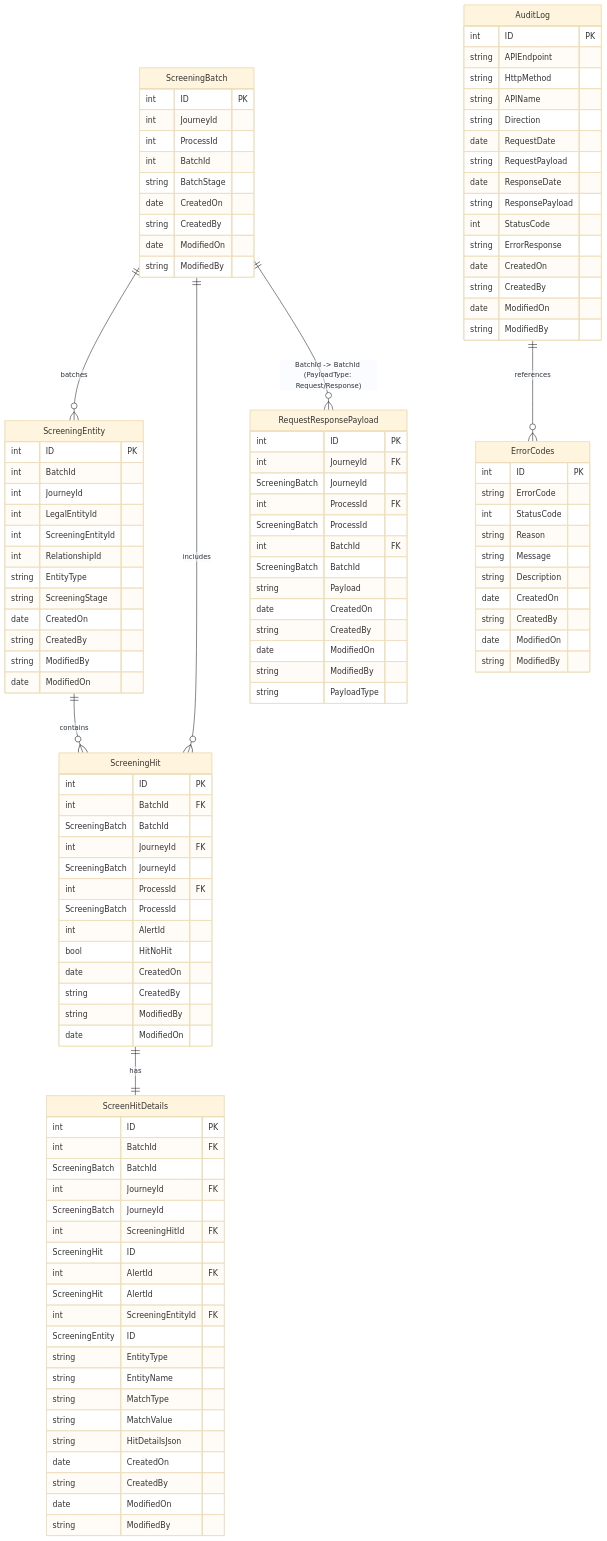
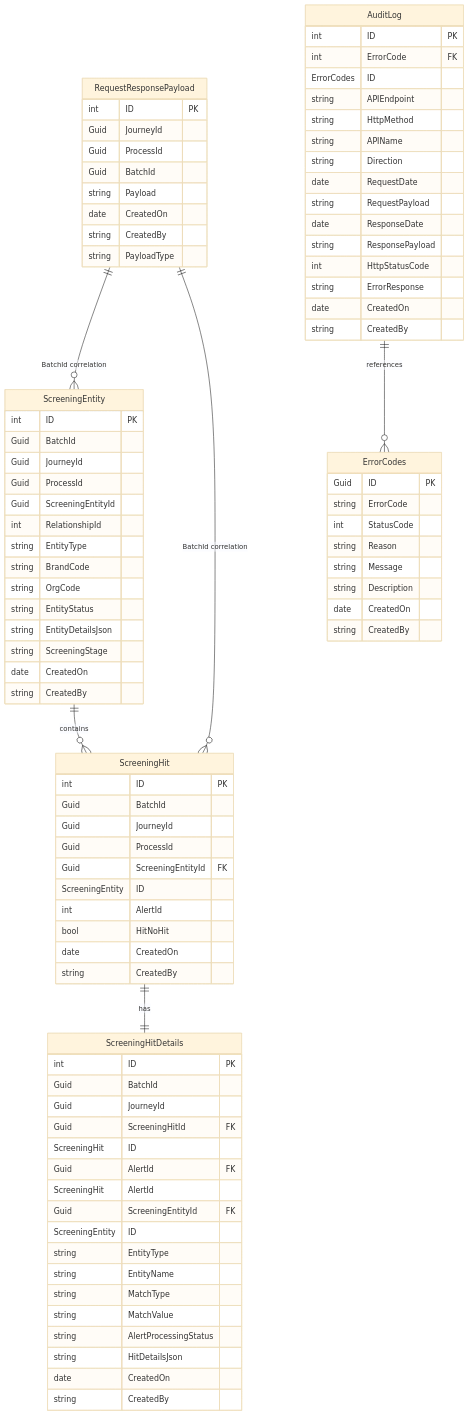
The diagram in Arch_Diagrams/v1/screen2.mmd (jojokoshy/Architecture_Diagrams_Python_AI), drawn with Mermaid (base theme) before and after one commit. The commit also changed 2 other files, not shown here.

Commit message:
Add new screening flow HTTP request example with entity ID handling

```diff
--- a/Arch_Diagrams/v1/screen2.mmd
+++ b/Arch_Diagrams/v1/screen2.mmd
@@ -1,122 +1,112 @@
 erDiagram
     %% FK label convention:
     %%  - Relationship labels use the format "SourceField -> TargetField" to show FK -> PK mappings.
     %%  - Example: ScreeningBatch }o--|| RequestResponsePayload : "ScreenRequestPayloadId -> ID"
     %%    means ScreeningBatch.ScreenRequestPayloadId references RequestResponsePayload.ID (FK -> PK).
     %%  - Multiplicity notation follows Mermaid ER style: || = one, }o = many/optional.
-    ScreeningBatch {
-        int ID PK
-        int JourneyId
-        int ProcessId
-        int BatchId
-        string BatchStage
-        date CreatedOn
-        string CreatedBy
-        date ModifiedOn
-        string ModifiedBy
-    }
 
     RequestResponsePayload {
         int ID PK
-        int JourneyId FK ScreeningBatch JourneyId
-        int ProcessId FK ScreeningBatch ProcessId
-        int BatchId FK ScreeningBatch BatchId 
+        Guid JourneyId
+        Guid ProcessId
+        Guid BatchId
         string Payload
         date CreatedOn
         string CreatedBy
-        date ModifiedOn
-        string ModifiedBy
         string PayloadType
         %% Notes:
         %% - JourneyId and ProcessId are intentionally duplicated in RequestResponsePayload for query convenience
         %%   (they should match the values in the parent ScreeningBatch row).
         %% - To guarantee exactly one Request and one Response per batch add a DB unique constraint:
         %%   UNIQUE(BatchId, PayloadType).
         %% - PayloadType values are expected to be 'JourneySuperGraphRequest' or 'JourneySuperGraphResponse' or EntitySuperGraphRequest or 'EntitySuperGraphResponse'
 
     }
     ScreeningEntity {
         int ID PK
-        int BatchId
-        int JourneyId
-        int LegalEntityId
-        int ScreeningEntityId
+        Guid BatchId
+        Guid JourneyId
+        Guid ProcessId
+        Guid ScreeningEntityId
         int RelationshipId
         string EntityType
+        %% e.g., for a person, this could be 'IND' for individual"
+        string BrandCode 
+        string OrgCode
+        string EntityStatus 
+        string EntityDetailsJson
         string ScreeningStage
         date CreatedOn
         string CreatedBy
-        string ModifiedBy
-        date ModifiedOn
     }
+    
 
     ScreeningHit {
         int ID PK
-        int BatchId FK ScreeningBatch BatchId
-        int JourneyId FK ScreeningBatch JourneyId
-        int ProcessId FK ScreeningBatch ProcessId
+        Guid BatchId
+        Guid JourneyId
+        Guid ProcessId
+        Guid ScreeningEntityId FK ScreeningEntity ID
         int AlertId
         bool HitNoHit
         date CreatedOn
         string CreatedBy
-        string ModifiedBy
-        date ModifiedOn
     }
+    
 
-    ScreenHitDetails {
+    ScreeningHitDetails {
         int ID PK
-        int BatchId FK ScreeningBatch BatchId
-        int JourneyId FK ScreeningBatch JourneyId
-        int ScreeningHitId FK ScreeningHit ID
-        int AlertId FK ScreeningHit AlertId
-        int ScreeningEntityId FK ScreeningEntity ID
+        Guid BatchId
+        Guid JourneyId
+        Guid ScreeningHitId FK ScreeningHit ID
+        Guid AlertId FK ScreeningHit AlertId
+        Guid ScreeningEntityId FK ScreeningEntity ID
         string EntityType
         string EntityName
         string MatchType
         string MatchValue
+        string AlertProcessingStatus
         string HitDetailsJson
         date CreatedOn
         string CreatedBy
-        date ModifiedOn
-        string ModifiedBy
+
     }
+    
     
 
     AuditLog {
         int ID PK
+        int ErrorCode FK ErrorCodes ID
         string APIEndpoint
         string HttpMethod
         string APIName
         string Direction
         date RequestDate
         string RequestPayload
         date ResponseDate
         string ResponsePayload
-        int StatusCode
+        int HttpStatusCode
         string ErrorResponse
         date CreatedOn
         string CreatedBy
-        date ModifiedOn
-        string ModifiedBy
     }
+    
 
     ErrorCodes {
-        int ID PK
+        Guid ID PK
         string ErrorCode
         int StatusCode
         string Reason
         string Message
         string Description
         date CreatedOn
         string CreatedBy
-        date ModifiedOn
-        string ModifiedBy
     }
+    
 
     
     ScreeningEntity ||--o{ ScreeningHit : contains
-    ScreeningBatch ||--o{ ScreeningEntity : batches
-    ScreeningBatch ||--o{ ScreeningHit : includes
-    ScreeningHit ||--|| ScreenHitDetails : has
-    ScreeningBatch ||--o{ RequestResponsePayload : "BatchId -> BatchId (PayloadType: Request/Response)"
+    ScreeningHit ||--|| ScreeningHitDetails : has
     AuditLog ||--o{ ErrorCodes : references
+RequestResponsePayload ||--o{ ScreeningEntity : "BatchId correlation"
+RequestResponsePayload ||--o{ ScreeningHit : "BatchId correlation"
```
